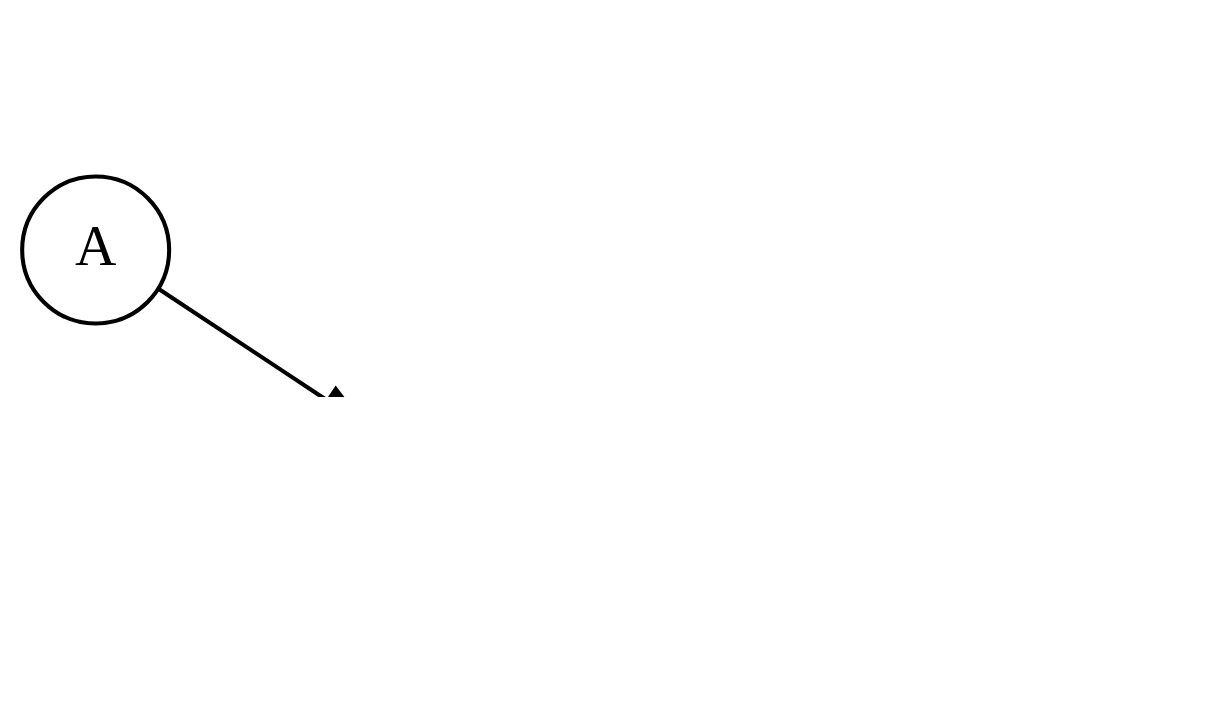
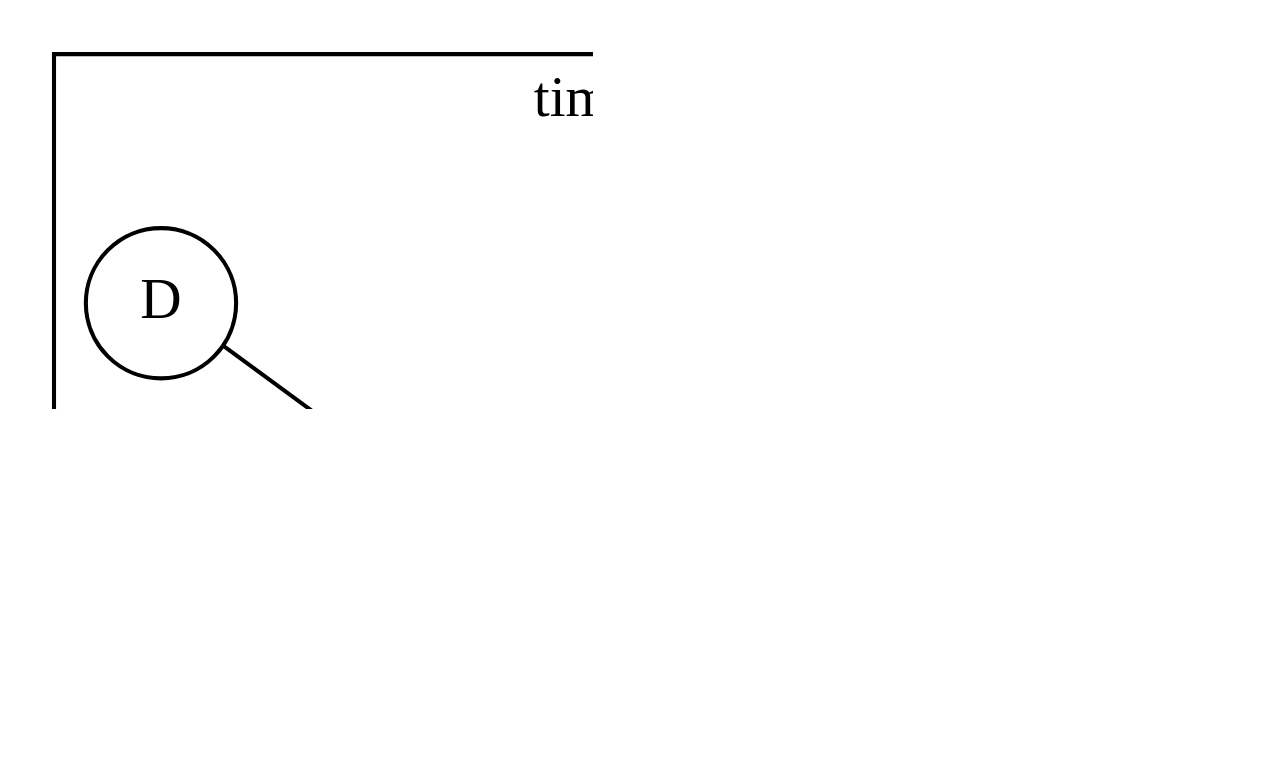
Diagram 39 of 46 in slides/src/main/asciidoc/lecture.adoc (inponomarev/kstreams-testing-pitfalls), drawn with Graphviz before and after one commit. The commit also changed other lines of this file, not shown here.

Commit message:
pipeInput vs timestamp order

```diff
--- a/slides/src/main/asciidoc/lecture.adoc
+++ b/slides/src/main/asciidoc/lecture.adoc
@@ -1636,29 +1640,32 @@
 [graphviz,"timing2.png"]
 ----
 digraph G {
   rankdir="LR";
   graph [dpi = 180];
   node[shape="circle"];
+  subgraph cluster_0 {
+  label = "timestamp order";
   A->X2->B[style=invis];
   A->B[style=invis];
   D->C[style=invis];
   D->X3->C[style=invis];
   
   A->J1;D->J1;
   C->J2;B->J2;
 
   {rank=same;A;X1;D}
   {rank=same;B;X4;C}
 
   A->X1->D[style=invis];
   B->X4->C[style=invis];
 
   J1[label="A+D";shape="oval"]
   J2[label="B+C";shape="oval"]
   /*invisible nodes for padding*/
   X1[style=invis;label="X"];
   X2[style=invis;label="X"];
   X3[style=invis;label="X"];
   X4[style=invis;label="X"];
+  }
 }
 ----
```
